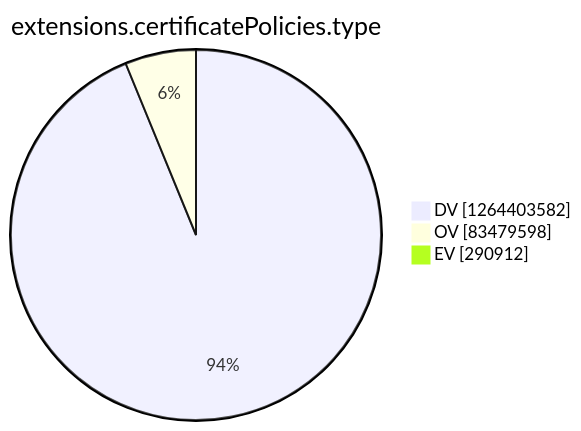
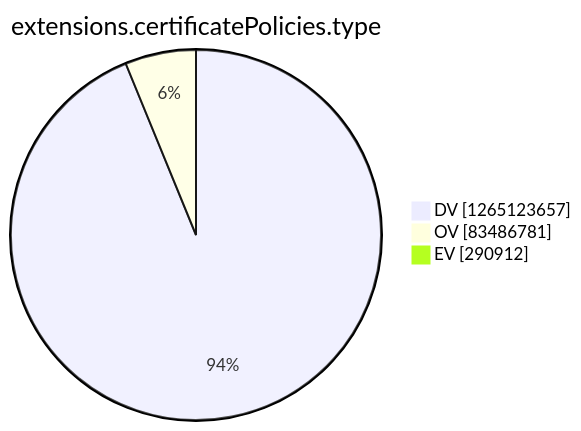
The tenth of 15 diagrams in argon2022/README.md (christiankrug/ctmonitor_visualization), drawn with Mermaid before and after one commit. The commit also changed other lines of this file, not shown here.

````diff
--- a/argon2022/README.md
+++ b/argon2022/README.md
@@ -2771,7 +2771,7 @@
 ```mermaid
 pie showData
 title extensions.certificatePolicies.type
-"DV" :1264403582
-"OV" :83479598
+"DV" :1265123657
+"OV" :83486781
 "EV" :290912
 ```
````
